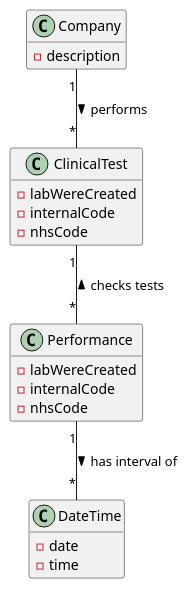
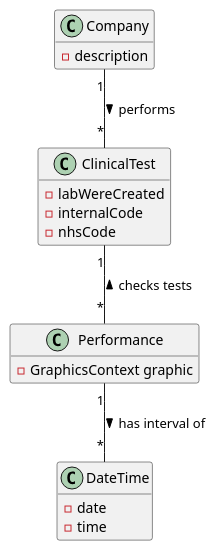
One commit to GuilhermeCunha79/lapr2 changed the diagram in docs/SprintD/US16/US16_MD.puml. Above: the diagram before and after it, drawn with PlantUML. The commit also changed 5 other files, not shown here.

```diff
--- a/docs/SprintD/US16/US16_MD.puml
+++ b/docs/SprintD/US16/US16_MD.puml
@@ -1,31 +1,29 @@
 @startuml
 hide methods
 
 class Company {
     -description
 }
 
 class ClinicalTest {
     -labWereCreated
     -internalCode
     -nhsCode
 }
 
 class Performance {
-    -labWereCreated
-    -internalCode
-    -nhsCode
+    -GraphicsContext graphic
 }
 
 class DateTime {
     -date
     -time
 }
 
 
 Company"1" -- "*"ClinicalTest : > performs
 ClinicalTest"1" -- "*"Performance : < checks tests
 Performance"1" -- "*"DateTime : > has interval of
 
 
 @enduml
```
